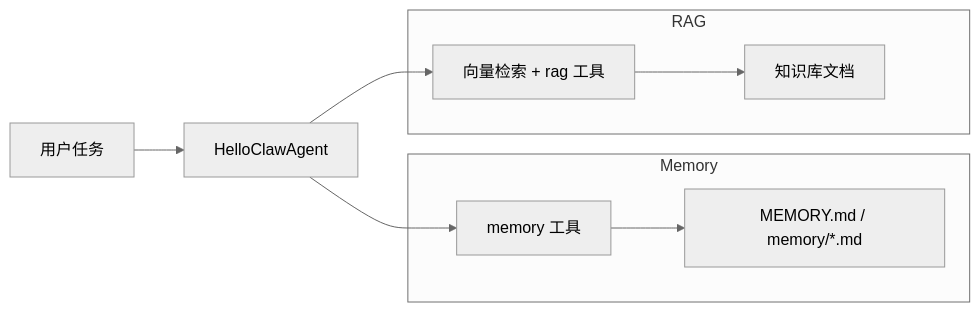
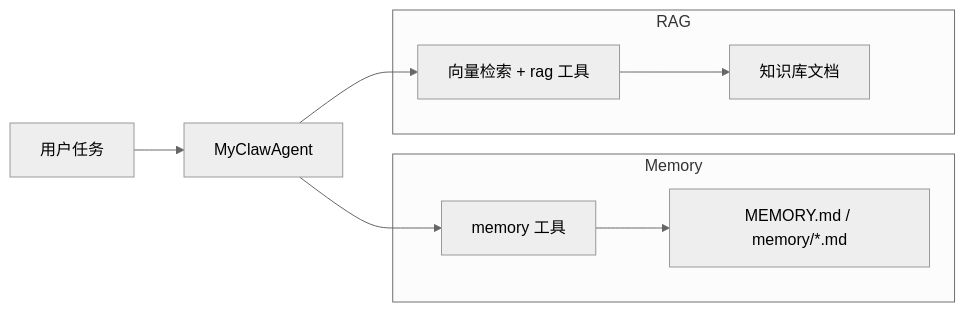
The fifth of 5 diagrams in docs/Memory实现与功能说明.md (promisestar/MyClaw), drawn with Mermaid (neutral theme) before and after one commit. The commit also changed other lines of this file and 19 other files, not shown here.

````diff
--- a/docs/Memory实现与功能说明.md
+++ b/docs/Memory实现与功能说明.md
@@ -182,16 +182,16 @@
 ```mermaid
 flowchart LR
     subgraph mem["Memory"]
         M1["MEMORY.md / memory/*.md"]
         M2["memory 工具"]
     end
     subgraph rag["RAG"]
         R1["知识库文档"]
         R2["向量检索 + rag 工具"]
     end
-    User["用户任务"] --> Agent["HelloClawAgent"]
+    User["用户任务"] --> Agent["MyClawAgent"]
     Agent --> M2
     Agent --> R2
     M2 --> M1
     R2 --> R1
 ```
````
